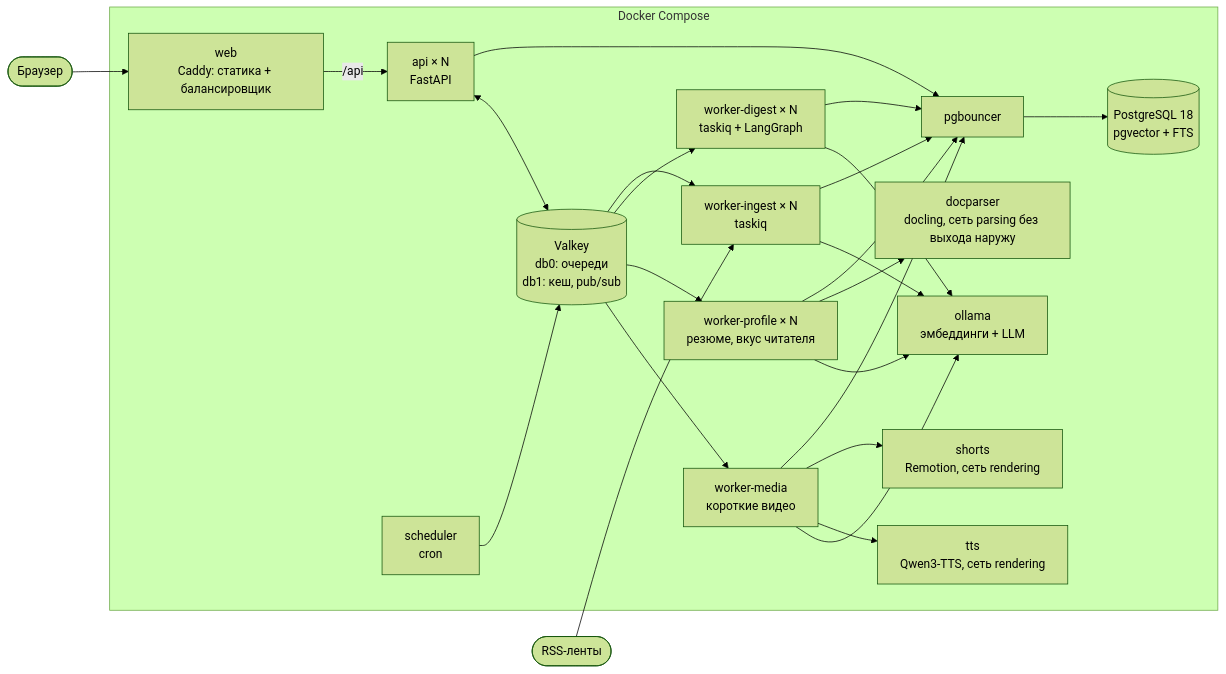
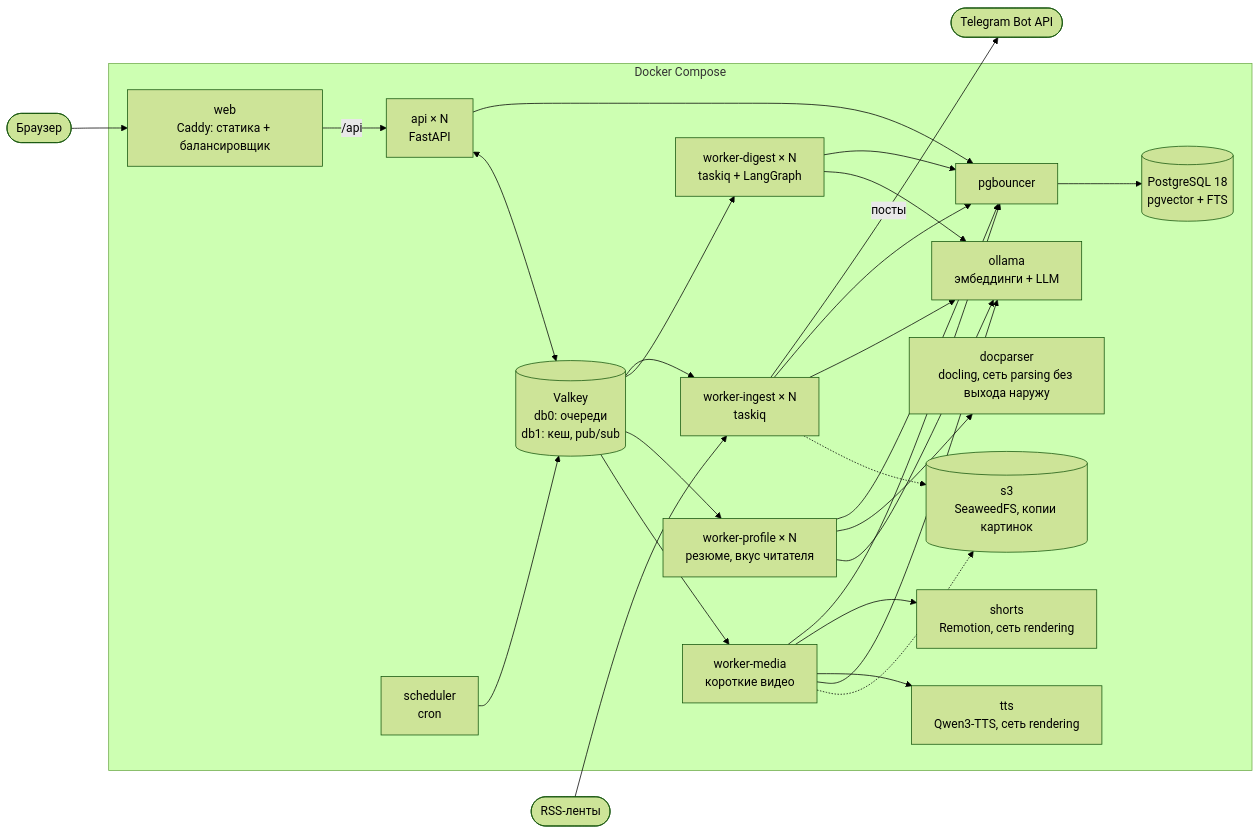
One commit to verikirill/scrap-and-grep changed the first of 5 diagrams in docs/ARCHITECTURE.md. Above: the diagram before and after it, drawn with Mermaid (forest theme). The commit also changed other lines of this file and 17 other files, not shown here.

````diff
--- a/docs/ARCHITECTURE.md
+++ b/docs/ARCHITECTURE.md
@@ -7,42 +7,46 @@
 ```mermaid
 flowchart LR
     browser([Браузер]) --> web
 
     subgraph stack[Docker Compose]
         web[web<br/>Caddy: статика + балансировщик]
         api[api × N<br/>FastAPI]
         wi[worker-ingest × N<br/>taskiq]
         wd[worker-digest × N<br/>taskiq + LangGraph]
         wp[worker-profile × N<br/>резюме, вкус читателя]
         dp[docparser<br/>docling, сеть parsing без выхода наружу]
         wm[worker-media<br/>короткие видео]
         sh[shorts<br/>Remotion, сеть rendering]
         tts[tts<br/>Qwen3-TTS, сеть rendering]
         sch[scheduler<br/>cron]
         bouncer[pgbouncer]
         pg[(PostgreSQL 18<br/>pgvector + FTS)]
         vk[(Valkey<br/>db0: очереди<br/>db1: кеш, pub/sub)]
         ollama[ollama<br/>эмбеддинги + LLM]
+        s3[(s3<br/>SeaweedFS, копии картинок)]
     end
 
     feeds([RSS-ленты]) --> wi
+    wi -- посты --> tg([Telegram Bot API])
     web -- /api --> api
     api --> bouncer --> pg
     api <--> vk
     sch --> vk
     vk --> wi
     vk --> wd
     vk --> wp
     wi --> bouncer
     wd --> bouncer
     wp --> bouncer
     wp --> dp
     vk --> wm
     wm --> bouncer
     wm --> sh
     wm --> tts
     wi --> ollama
     wd --> ollama
     wp --> ollama
     wm --> ollama
+    wi -.-> s3
+    wm -.-> s3
 ```
````
